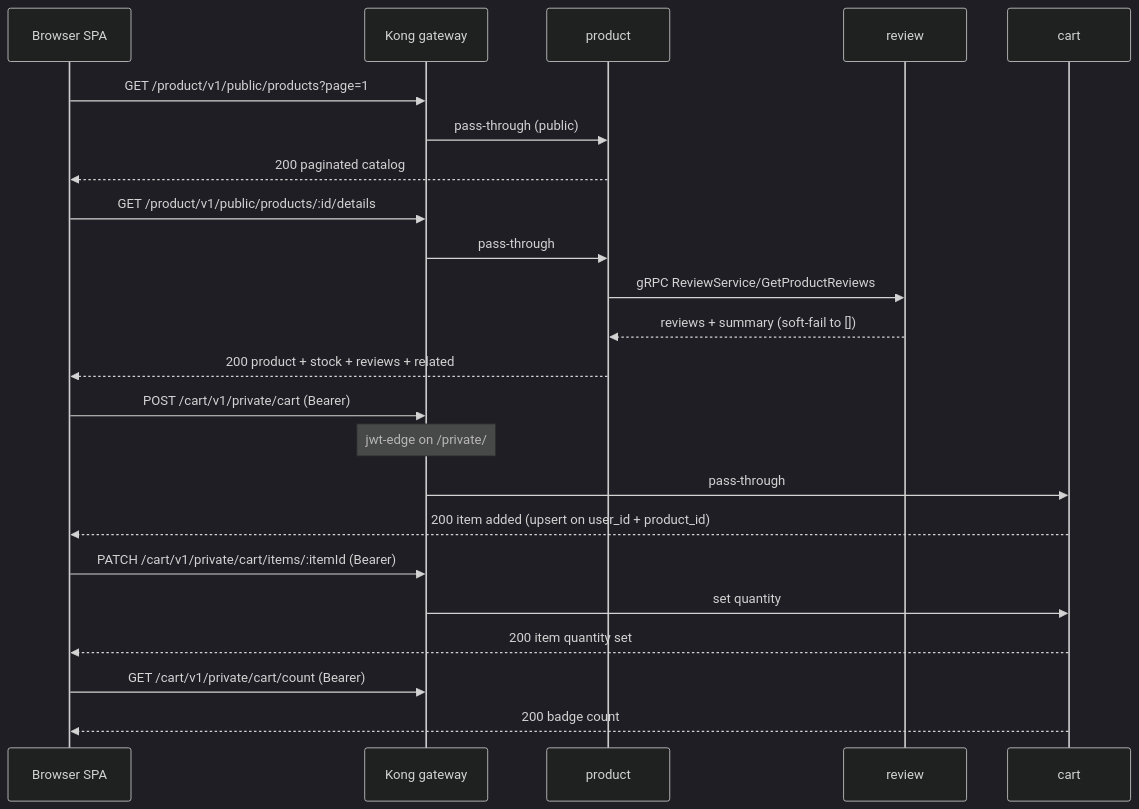
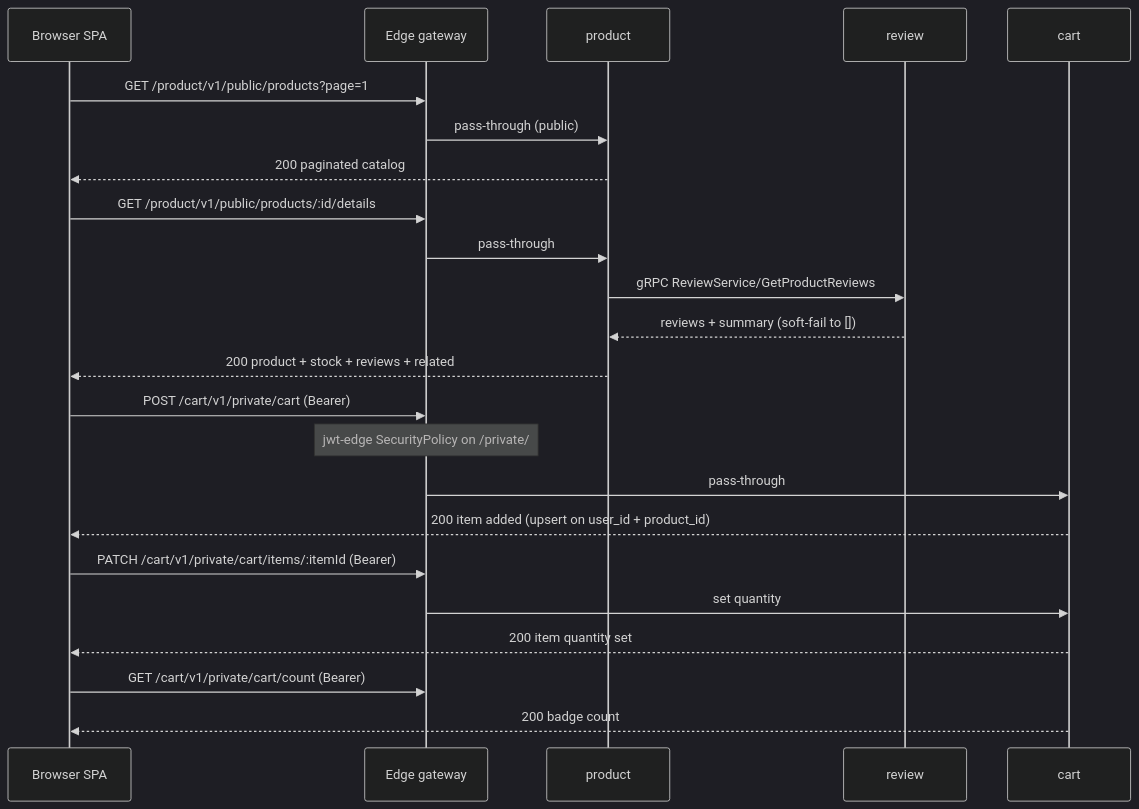
One commit to duynhlab/homelab changed the seventh of 10 diagrams in docs/api/api.md. Above: the diagram before and after it, drawn with Mermaid (dark theme). The commit also changed other lines of this file and 28 other files, not shown here.

````diff
--- a/docs/api/api.md
+++ b/docs/api/api.md
@@ -530,30 +534,30 @@
 ```mermaid
 sequenceDiagram
     participant SPA as Browser SPA
-    participant Kong as Kong gateway
+    participant Edge as Edge gateway
     participant Prod as product
     participant Rev as review
     participant Cart as cart
 
-    SPA->>Kong: GET /product/v1/public/products?page=1
-    Kong->>Prod: pass-through (public)
+    SPA->>Edge: GET /product/v1/public/products?page=1
+    Edge->>Prod: pass-through (public)
     Prod-->>SPA: 200 paginated catalog
 
-    SPA->>Kong: GET /product/v1/public/products/:id/details
-    Kong->>Prod: pass-through
+    SPA->>Edge: GET /product/v1/public/products/:id/details
+    Edge->>Prod: pass-through
     Prod->>Rev: gRPC ReviewService/GetProductReviews
     Rev-->>Prod: reviews + summary (soft-fail to [])
     Prod-->>SPA: 200 product + stock + reviews + related
 
-    SPA->>Kong: POST /cart/v1/private/cart (Bearer)
-    Note over Kong: jwt-edge on /private/
-    Kong->>Cart: pass-through
+    SPA->>Edge: POST /cart/v1/private/cart (Bearer)
+    Note over Edge: jwt-edge SecurityPolicy on /private/
+    Edge->>Cart: pass-through
     Cart-->>SPA: 200 item added (upsert on user_id + product_id)
 
-    SPA->>Kong: PATCH /cart/v1/private/cart/items/:itemId (Bearer)
-    Kong->>Cart: set quantity
+    SPA->>Edge: PATCH /cart/v1/private/cart/items/:itemId (Bearer)
+    Edge->>Cart: set quantity
     Cart-->>SPA: 200 item quantity set
 
-    SPA->>Kong: GET /cart/v1/private/cart/count (Bearer)
+    SPA->>Edge: GET /cart/v1/private/cart/count (Bearer)
     Cart-->>SPA: 200 badge count
 ```
````
